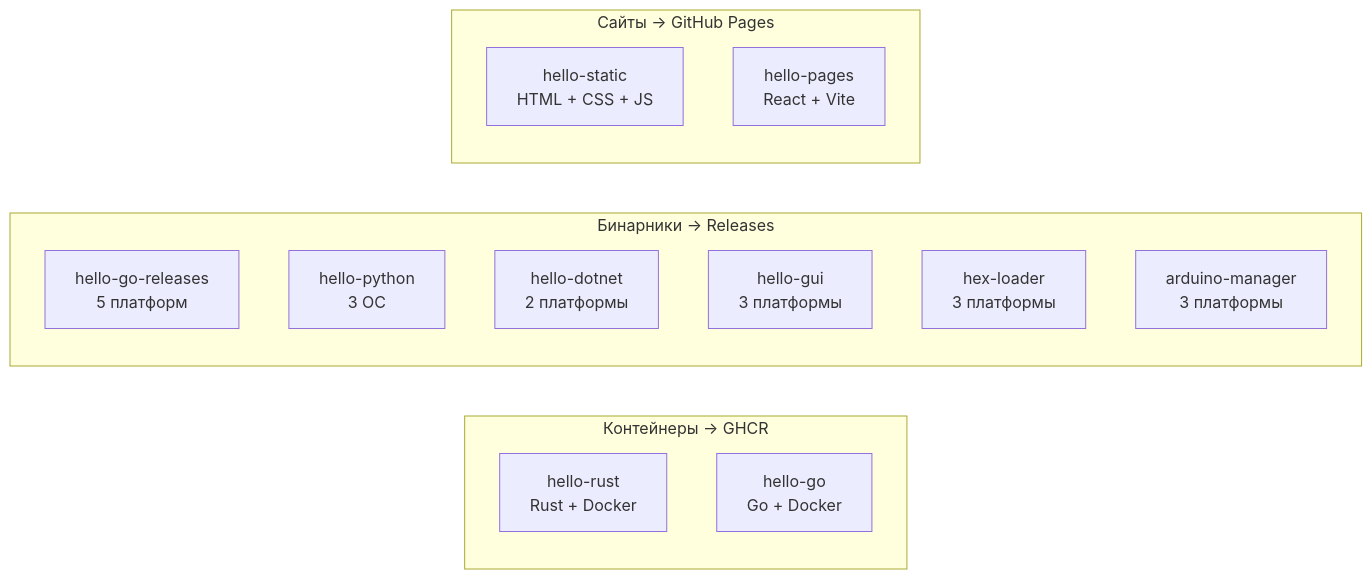
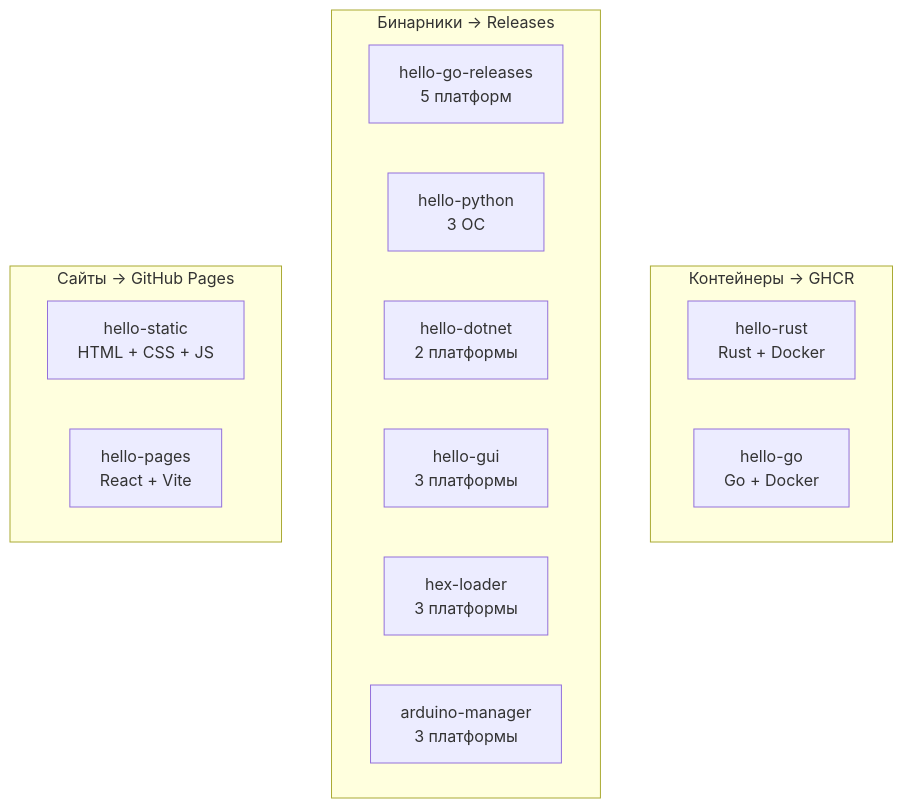
One commit to SpleIII/Zadanie changed the diagram in README.md. Above: the diagram before and after it, drawn with Mermaid.

Commit message:
docs: развернуть схему индексов в широкие группы

````diff
--- a/README.md
+++ b/README.md
@@ -38,21 +38,24 @@
 ```mermaid
-flowchart LR
+flowchart TB
   subgraph containers["Контейнеры → GHCR"]
+    direction LR
     rust["hello-rust<br/>Rust + Docker"]
     go["hello-go<br/>Go + Docker"]
   end
 
   subgraph releases["Бинарники → Releases"]
+    direction LR
     gorel["hello-go-releases<br/>5 платформ"]
     py["hello-python<br/>3 ОС"]
     dotnet["hello-dotnet<br/>2 платформы"]
     gui["hello-gui<br/>3 платформы"]
     hex["hex-loader<br/>3 платформы"]
     manager["arduino-manager<br/>3 платформы"]
   end
 
   subgraph pages["Сайты → GitHub Pages"]
+    direction LR
     static["hello-static<br/>HTML + CSS + JS"]
     spa["hello-pages<br/>React + Vite"]
   end
 ```
````
